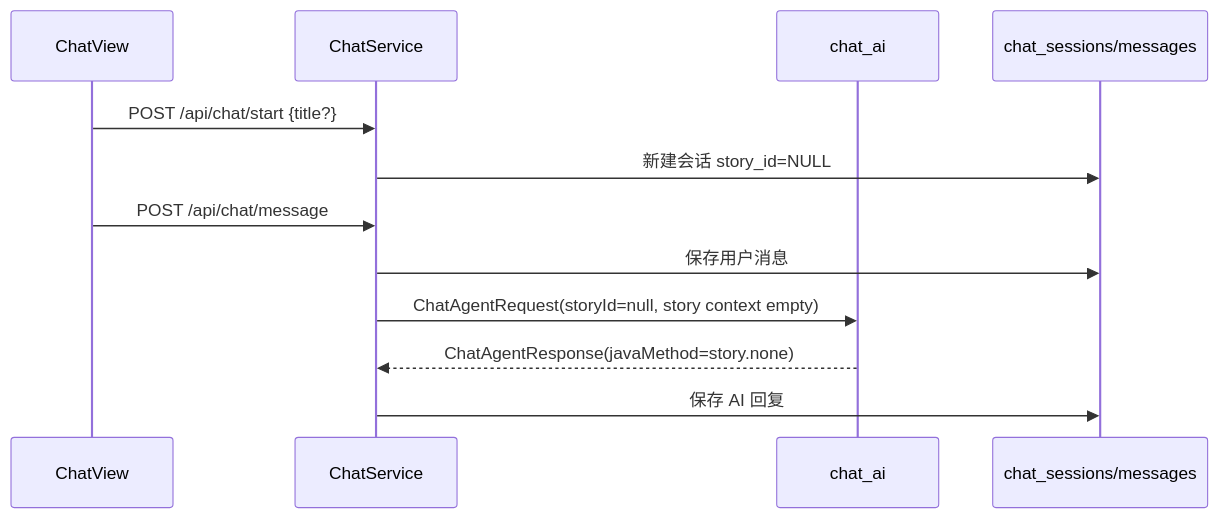
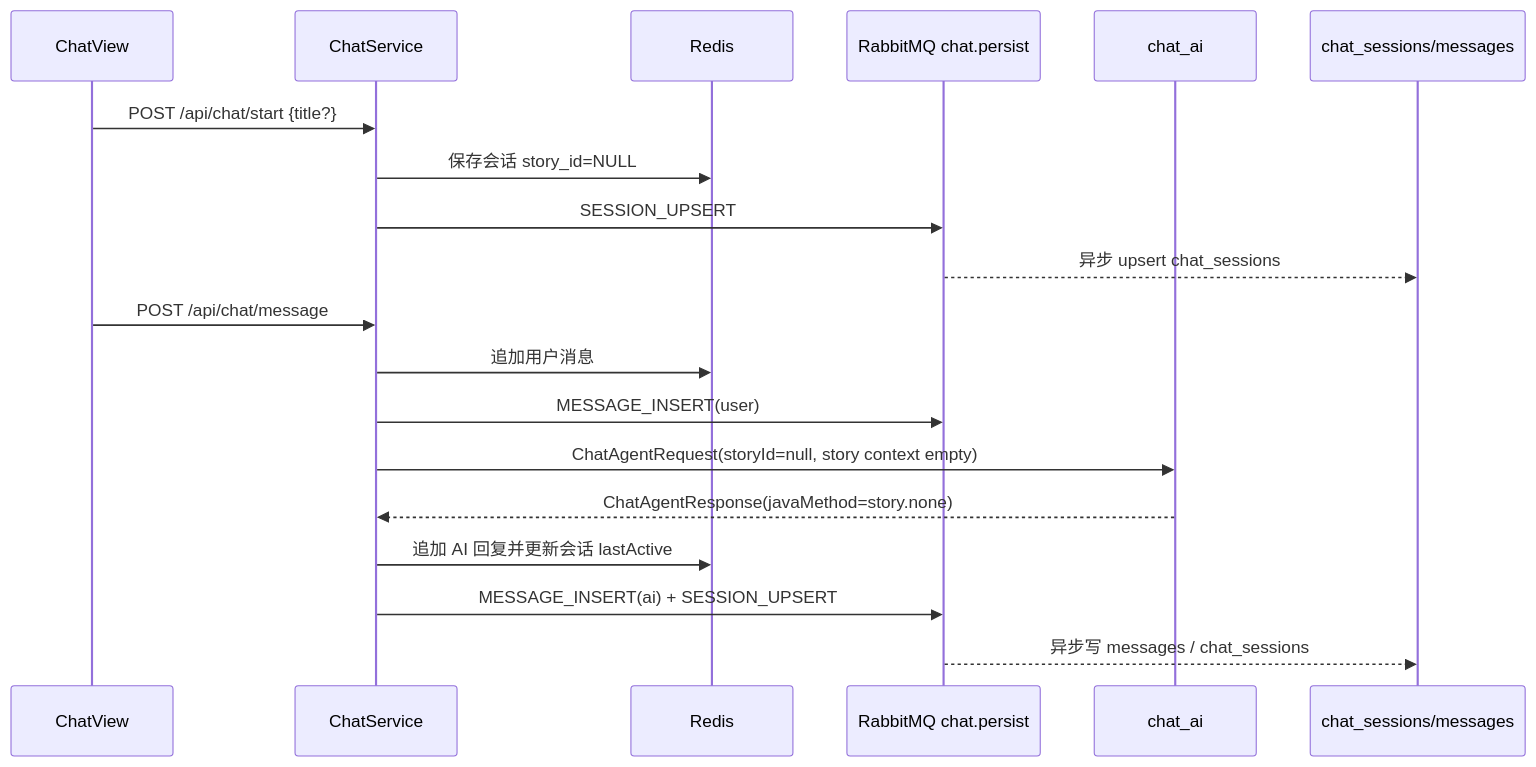
One commit to zhy13339561489-crypto/aisay changed diagram 31 of 32 in architecture.md. Above: the diagram before and after it, drawn with Mermaid. The commit also changed other lines of this file and 35 other files, not shown here.

````diff
--- a/architecture.md
+++ b/architecture.md
@@ -1334,15 +1336,22 @@
 ```mermaid
 sequenceDiagram
     participant View as ChatView
     participant Java as ChatService
+    participant Redis as Redis
+    participant MQ as RabbitMQ chat.persist
     participant Python as chat_ai
     participant DB as chat_sessions/messages
 
     View->>Java: POST /api/chat/start {title?}
-    Java->>DB: 新建会话 story_id=NULL
+    Java->>Redis: 保存会话 story_id=NULL
+    Java->>MQ: SESSION_UPSERT
+    MQ-->>DB: 异步 upsert chat_sessions
     View->>Java: POST /api/chat/message
-    Java->>DB: 保存用户消息
+    Java->>Redis: 追加用户消息
+    Java->>MQ: MESSAGE_INSERT(user)
     Java->>Python: ChatAgentRequest(storyId=null, story context empty)
     Python-->>Java: ChatAgentResponse(javaMethod=story.none)
-    Java->>DB: 保存 AI 回复
+    Java->>Redis: 追加 AI 回复并更新会话 lastActive
+    Java->>MQ: MESSAGE_INSERT(ai) + SESSION_UPSERT
+    MQ-->>DB: 异步写 messages / chat_sessions
 ```
````
